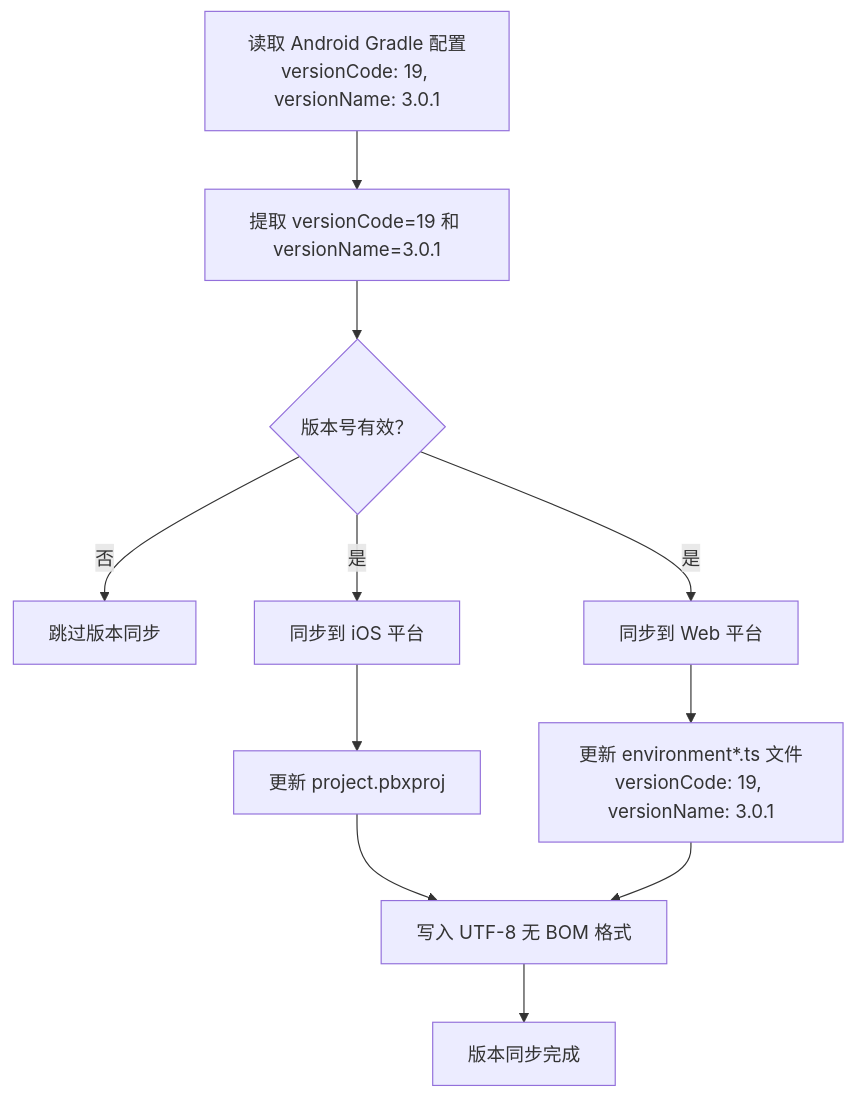
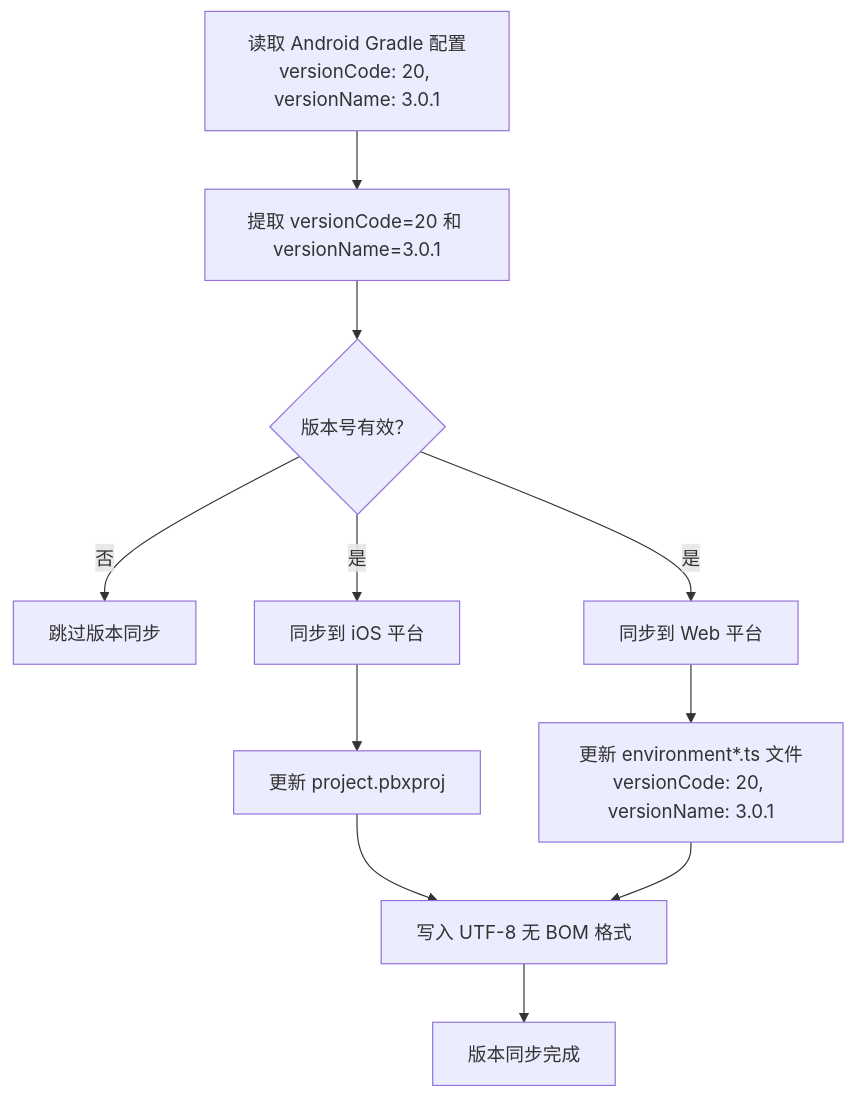
Before and after one commit to tea4go/Macro-Deck-Client-App: the fourth of 6 diagrams in .qoder/repowiki/zh/content/构建与部署/构建配置.md, drawn with Mermaid. The commit also changed other lines of this file and 55 other files, not shown here.

````diff
--- a/.qoder/repowiki/zh/content/构建与部署/构建配置.md
+++ b/.qoder/repowiki/zh/content/构建与部署/构建配置.md
@@ -721,13 +721,13 @@
 ```mermaid
 flowchart TD
-A["读取 Android Gradle 配置<br/>versionCode: 19, versionName: 3.0.1"] --> B["提取 versionCode=19 和 versionName=3.0.1"]
+A["读取 Android Gradle 配置<br/>versionCode: 20, versionName: 3.0.1"] --> B["提取 versionCode=20 和 versionName=3.0.1"]
 B --> C{"版本号有效？"}
 C --> |否| D["跳过版本同步"]
 C --> |是| E["同步到 iOS 平台"]
 C --> |是| F["同步到 Web 平台"]
 E --> G["更新 project.pbxproj"]
-F --> H["更新 environment*.ts 文件<br/>versionCode: 19, versionName: 3.0.1"]
+F --> H["更新 environment*.ts 文件<br/>versionCode: 20, versionName: 3.0.1"]
 G --> I["写入 UTF-8 无 BOM 格式"]
 H --> I
 I --> J["版本同步完成"]
 ```
````
